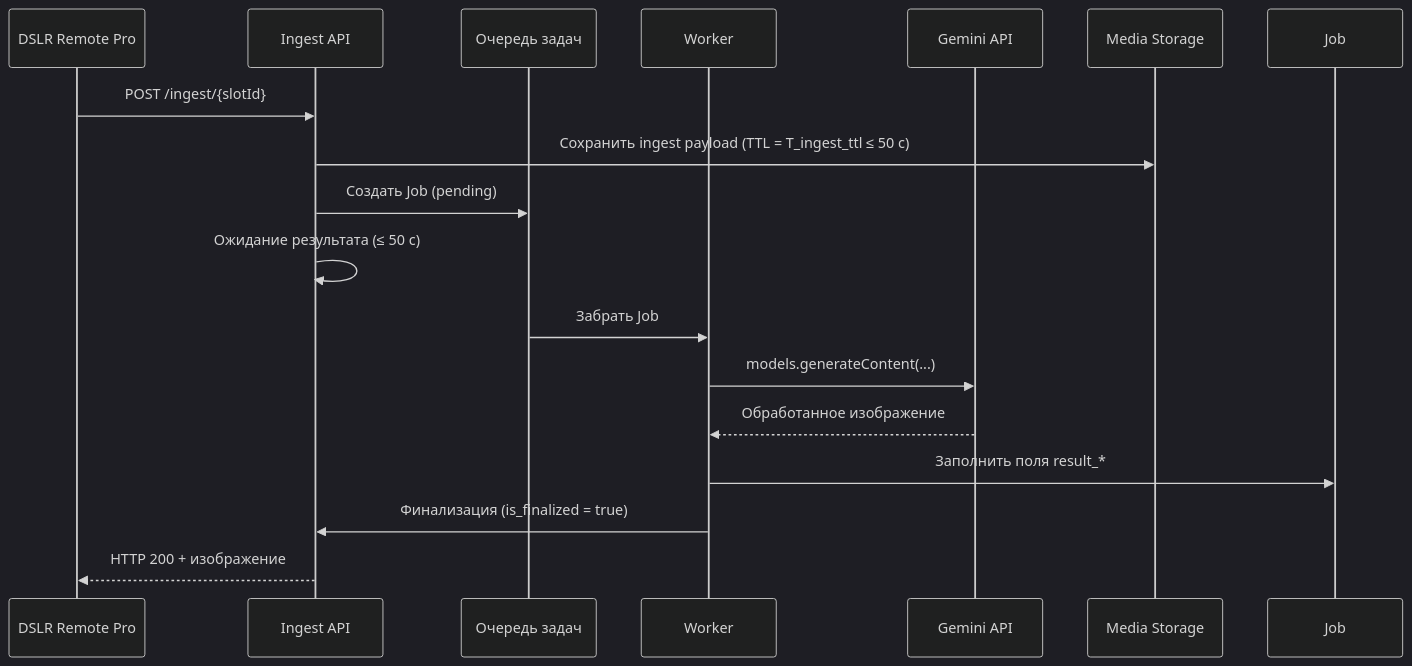
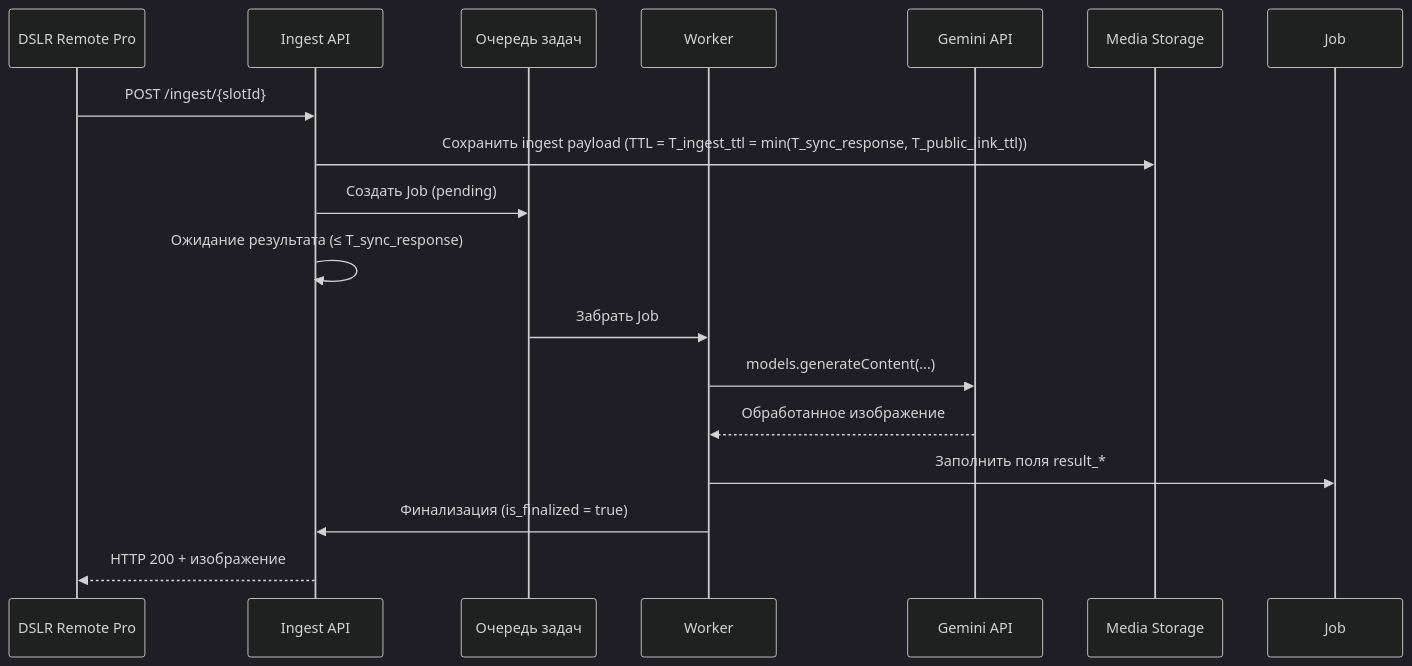
Before and after one commit to nicelight/PhotoChanger_25: the first of 2 diagrams in spec/docs/blueprints/use-cases.md, drawn with Mermaid (dark theme). The commit also changed other lines of this file and 19 other files, not shown here.

Commit message:
Уточнение диапазона T_sync_response в документации

````diff
--- a/spec/docs/blueprints/use-cases.md
+++ b/spec/docs/blueprints/use-cases.md
@@ -42,20 +42,20 @@
 ```mermaid
 sequenceDiagram
     participant DSLR as DSLR Remote Pro
     participant API as Ingest API
     participant Queue as Очередь задач
     participant Worker as Worker
     participant Gemini as Gemini API
     participant Storage as Media Storage
 
     DSLR->>API: POST /ingest/{slotId}
-    API->>Storage: Сохранить ingest payload (TTL = T_ingest_ttl ≤ 50 c)
+    API->>Storage: Сохранить ingest payload (TTL = T_ingest_ttl = min(T_sync_response, T_public_link_ttl))
     API->>Queue: Создать Job (pending)
-    API->>API: Ожидание результата (≤ 50 c)
+    API->>API: Ожидание результата (≤ T_sync_response)
     Queue->>Worker: Забрать Job
     Worker->>Gemini: models.generateContent(...)
     Gemini-->>Worker: Обработанное изображение
     Worker->>Job: Заполнить поля result_*
     Worker->>API: Финализация (is_finalized = true)
     API-->>DSLR: HTTP 200 + изображение
 ```
````
